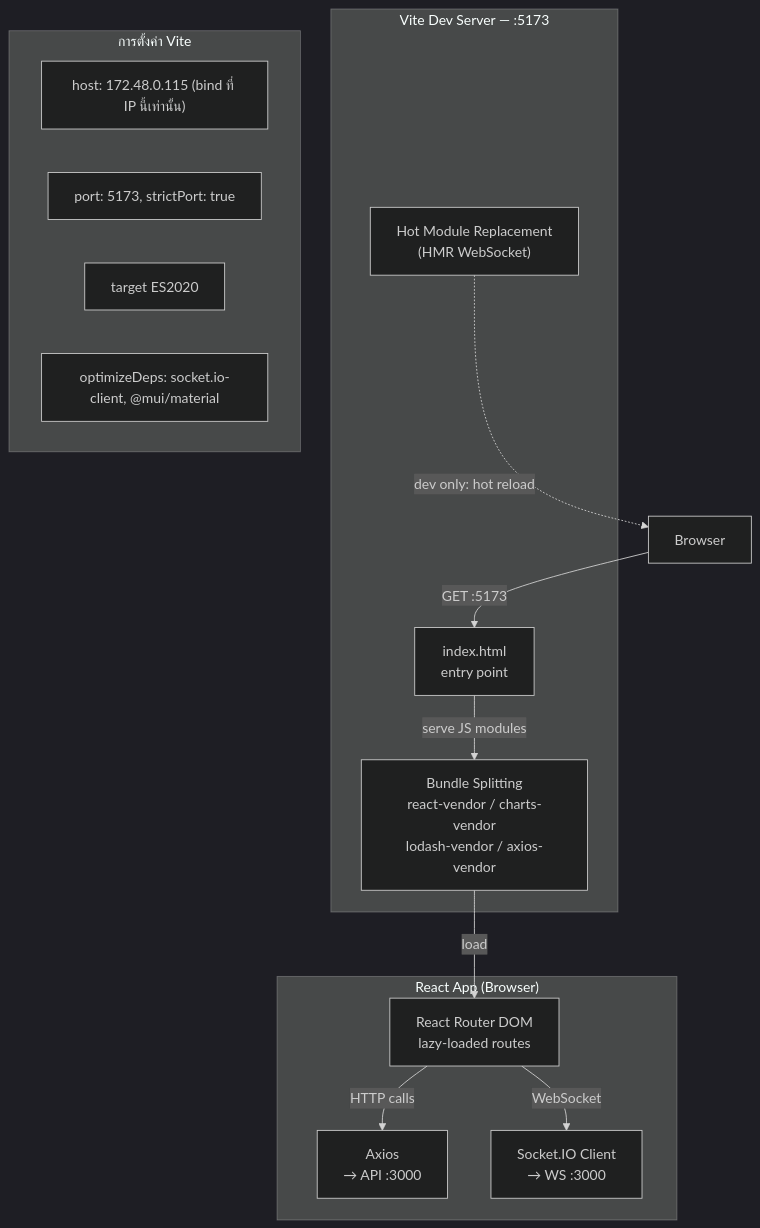
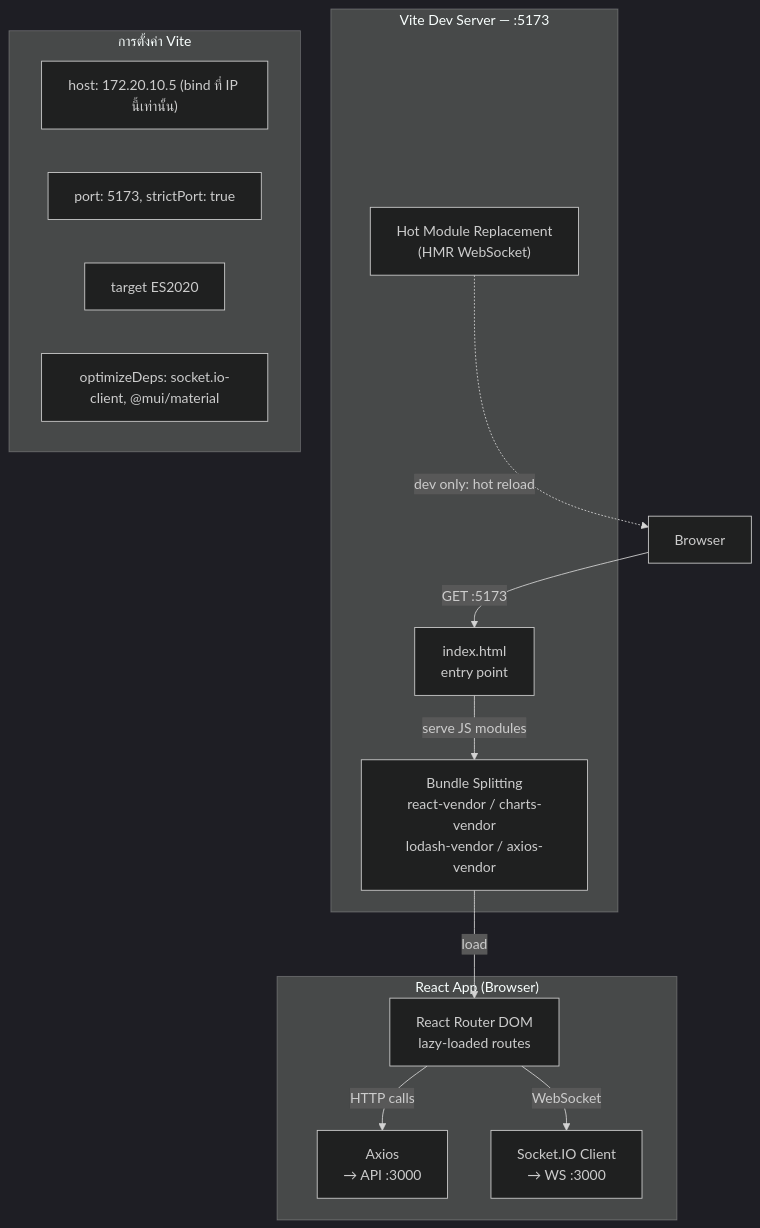
Before and after one commit to TUAPUAN-CODE/DelayHUB: the sixth of 18 diagrams in flow.md, drawn with Mermaid (dark theme). The commit also changed other lines of this file and 37 other files, not shown here.

````diff
--- a/flow.md
+++ b/flow.md
@@ -252,28 +252,28 @@
 ```mermaid
 flowchart TD
     subgraph VITE["Vite Dev Server — :5173"]
         VITE_ENTRY["index.html<br/>entry point"]
         HMR["Hot Module Replacement<br/>(HMR WebSocket)"]
         BUNDLE["Bundle Splitting<br/>react-vendor / charts-vendor<br/>lodash-vendor / axios-vendor"]
     end
 
     subgraph REACT["React App (Browser)"]
         ROUTER["React Router DOM<br/>lazy-loaded routes"]
         AXIOS["Axios<br/>→ API :3000"]
         SOCKETIO_CLIENT["Socket.IO Client<br/>→ WS :3000"]
     end
 
     BR["Browser"] -->|"GET :5173"| VITE_ENTRY
     VITE_ENTRY -->|"serve JS modules"| BUNDLE
     BUNDLE -->|"load"| ROUTER
     ROUTER -->|"HTTP calls"| AXIOS
     ROUTER -->|"WebSocket"| SOCKETIO_CLIENT
     HMR -.->|"dev only: hot reload"| BR
 
     subgraph NOTE2["การตั้งค่า Vite"]
-        V1["host: 172.48.0.115 (bind ที่ IP นี้เท่านั้น)"]
+        V1["host: 172.20.10.5 (bind ที่ IP นี้เท่านั้น)"]
         V2["port: 5173, strictPort: true"]
         V3["target ES2020"]
         V4["optimizeDeps: socket.io-client, @mui/material"]
     end
 ```
````
